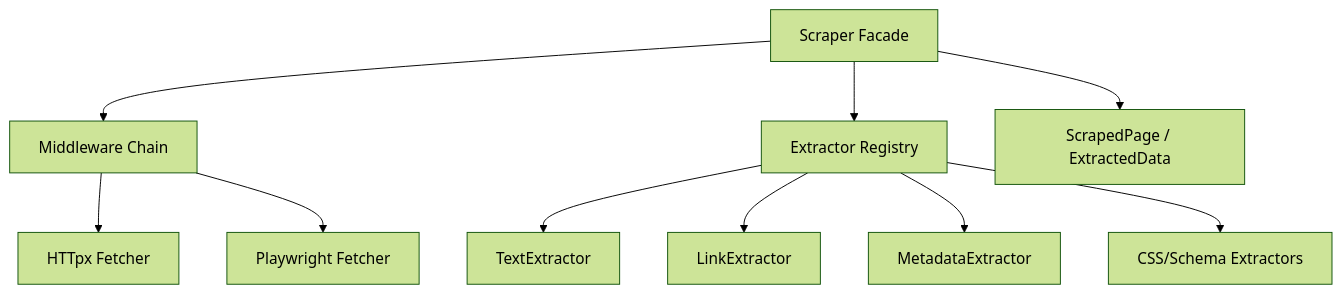
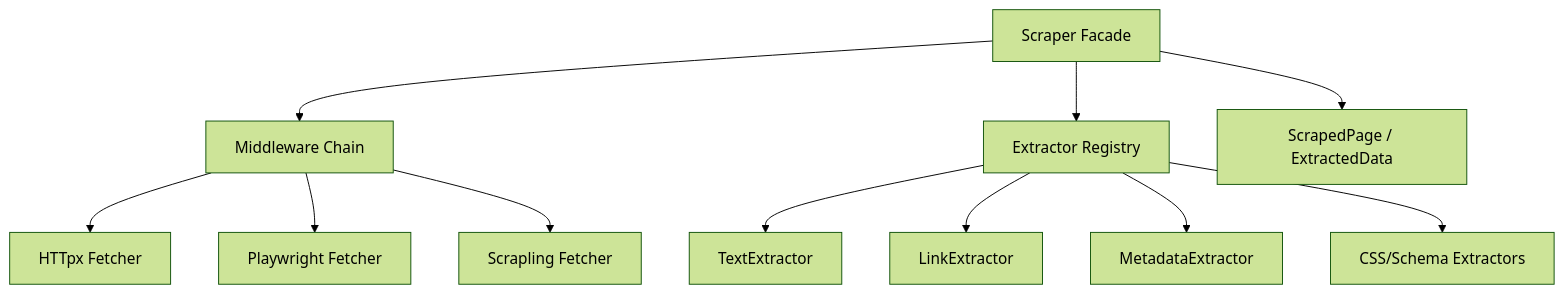
Before and after one commit to baselithcore/baselithcore: the diagram in mkdocs-site/docs/core-modules/scraper.md, drawn with Mermaid (forest theme). The commit also changed other lines of this file and 13 other files, not shown here.

````diff
--- a/mkdocs-site/docs/core-modules/scraper.md
+++ b/mkdocs-site/docs/core-modules/scraper.md
@@ -27,14 +28,15 @@
 ```mermaid
 graph TD
     Scraper[Scraper Facade] --> Middleware[Middleware Chain]
     Middleware --> Httpx[HTTpx Fetcher]
     Middleware --> Playwright[Playwright Fetcher]
+    Middleware --> Scrapling[Scrapling Fetcher]
 
     Scraper --> Extractors[Extractor Registry]
     Extractors --> Text[TextExtractor]
     Extractors --> Links[LinkExtractor]
     Extractors --> Meta[MetadataExtractor]
     Extractors --> Custom[CSS/Schema Extractors]
 
     Scraper --> Models[ScrapedPage / ExtractedData]
 ```
````
